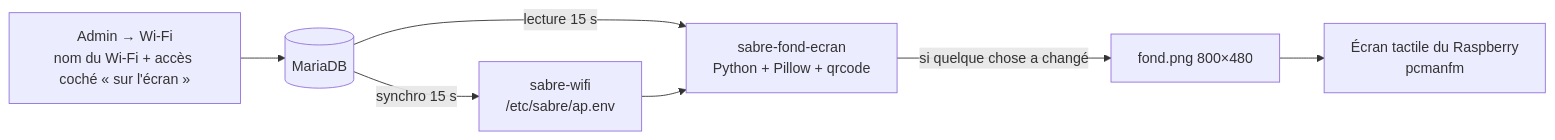
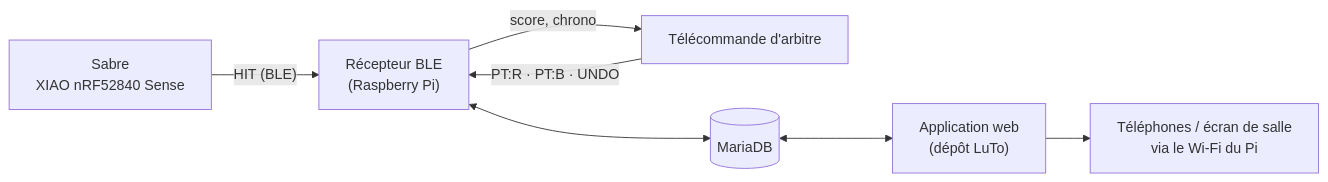
Before and after one commit to CFPT-ARASP-PH/2026-27_I.DA-P3B_CuTo: the diagram in README.md, drawn with Mermaid. The commit also changed other lines of this file and 73 other files, not shown here.

First line of the commit message:
Restructuration du dépôt : sabre/, telecommandes/, ble_receiver/, raspberry/, docs/

````diff
--- a/README.md
+++ b/README.md
@@ -143,9 +16,9 @@
 ```mermaid
 flowchart LR
-    A[Admin → Wi-Fi<br/>nom du Wi-Fi + accès coché « sur l'écran »] --> D[(MariaDB)]
-    D -- synchro 15 s --> S[sabre-wifi<br/>/etc/sabre/ap.env]
-    D -- lecture 15 s --> F[sabre-fond-ecran<br/>Python + Pillow + qrcode]
-    S --> F
-    F -- si quelque chose a changé --> I[fond.png 800×480]
-    I --> E[Écran tactile du Raspberry<br/>pcmanfm]
+    S["Sabre<br/>XIAO nRF52840 Sense"] -- "HIT (BLE)" --> R
+    T["Télécommande d'arbitre"] -- "PT:R · PT:B · UNDO" --> R
+    R["Récepteur BLE<br/>(Raspberry Pi)"] -- "score, chrono" --> T
+    R <--> D[("MariaDB")]
+    D <--> W["Application web<br/>(dépôt LuTo)"]
+    W --> P["Téléphones / écran de salle<br/>via le Wi-Fi du Pi"]
 ```
````
